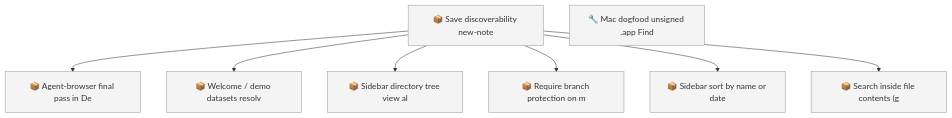
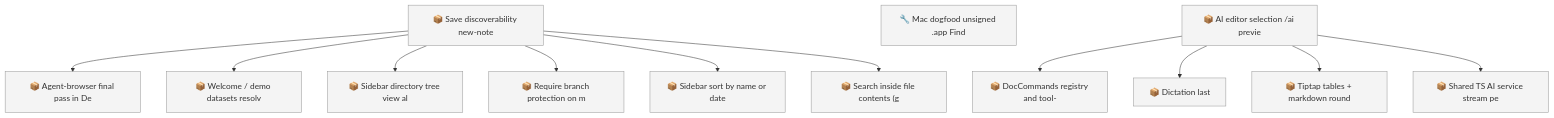
The first of 2 diagrams in docs/roadmap.md (SpillwaveSolutions/motion), drawn with Mermaid before and after one commit. The commit also changed other lines of this file and 35 other files, not shown here.

````diff
--- a/docs/roadmap.md
+++ b/docs/roadmap.md
@@ -62,19 +82,28 @@
 ```mermaid
 graph TD
     01KYQYYN3SBWDT25TC6H3G4EAA["📦 Save discoverability new-note"]
     01KYQYYN3T2SSGG33ESEWPXKH8["📦 Agent-browser final pass in De"]
     01KYQYYN3T3VB8RCTMJJ13FK2H["📦 Welcome / demo datasets resolv"]
     01KYQYYN3T5W49QH05WCCYX7CE["📦 Sidebar directory tree view al"]
     01KYQYYN3T731B57N8NXQ8C0FQ["📦 Require branch protection on m"]
     01KYQYYN3TA69K8848E483HC82["📦 Sidebar sort by name or date"]
     01KYQYYN3TKW93D9SVW07VKFZY["📦 Search inside file contents (g"]
     01M18Q560MPAYQJTA0W6F4DAW3["🔧 Mac dogfood unsigned .app Find"]
+    01M18R79ZM3BMYZ56C7P874YN1["📦 DocCommands registry and tool-"]
+    01M18R79ZM90HJ0MBG3CX6VW7E["📦 Dictation last"]
+    01M18R79ZMK0DX0PE2DPWMZ60D["📦 Tiptap tables + markdown round"]
+    01M18R79ZMKBXK2PGWR6911MJQ["📦 Shared TS AI service stream pe"]
+    01M18R79ZMN53CMV76JFHKVEFN["📦 AI editor selection /ai previe"]
     01KYQYYN3SBWDT25TC6H3G4EAA --> 01KYQYYN3T2SSGG33ESEWPXKH8
     01KYQYYN3SBWDT25TC6H3G4EAA --> 01KYQYYN3T3VB8RCTMJJ13FK2H
     01KYQYYN3SBWDT25TC6H3G4EAA --> 01KYQYYN3T5W49QH05WCCYX7CE
     01KYQYYN3SBWDT25TC6H3G4EAA --> 01KYQYYN3T731B57N8NXQ8C0FQ
     01KYQYYN3SBWDT25TC6H3G4EAA --> 01KYQYYN3TA69K8848E483HC82
     01KYQYYN3SBWDT25TC6H3G4EAA --> 01KYQYYN3TKW93D9SVW07VKFZY
+    01M18R79ZMN53CMV76JFHKVEFN --> 01M18R79ZM3BMYZ56C7P874YN1
+    01M18R79ZMN53CMV76JFHKVEFN --> 01M18R79ZM90HJ0MBG3CX6VW7E
+    01M18R79ZMN53CMV76JFHKVEFN --> 01M18R79ZMK0DX0PE2DPWMZ60D
+    01M18R79ZMN53CMV76JFHKVEFN --> 01M18R79ZMKBXK2PGWR6911MJQ
     classDef todo fill:#f4f4f4,stroke:#999999
-    class 01KYQYYN3SBWDT25TC6H3G4EAA,01KYQYYN3T2SSGG33ESEWPXKH8,01KYQYYN3T3VB8RCTMJJ13FK2H,01KYQYYN3T5W49QH05WCCYX7CE,01KYQYYN3T731B57N8NXQ8C0FQ,01KYQYYN3TA69K8848E483HC82,01KYQYYN3TKW93D9SVW07VKFZY,01M18Q560MPAYQJTA0W6F4DAW3 todo
+    class 01KYQYYN3SBWDT25TC6H3G4EAA,01KYQYYN3T2SSGG33ESEWPXKH8,01KYQYYN3T3VB8RCTMJJ13FK2H,01KYQYYN3T5W49QH05WCCYX7CE,01KYQYYN3T731B57N8NXQ8C0FQ,01KYQYYN3TA69K8848E483HC82,01KYQYYN3TKW93D9SVW07VKFZY,01M18Q560MPAYQJTA0W6F4DAW3,01M18R79ZM3BMYZ56C7P874YN1,01M18R79ZM90HJ0MBG3CX6VW7E,01M18R79ZMK0DX0PE2DPWMZ60D,01M18R79ZMKBXK2PGWR6911MJQ,01M18R79ZMN53CMV76JFHKVEFN todo
 ```
````
